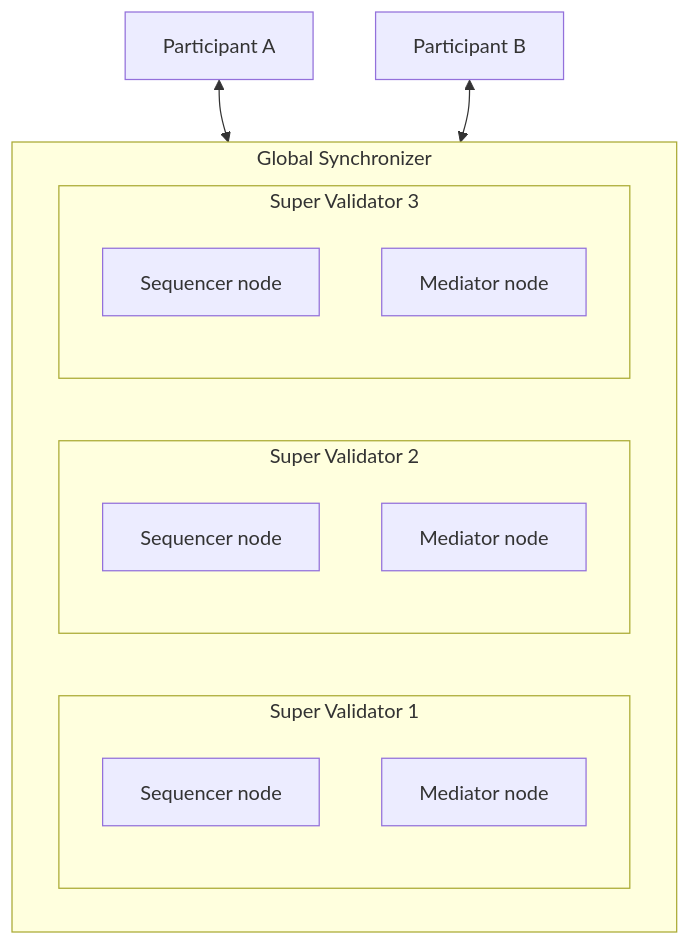
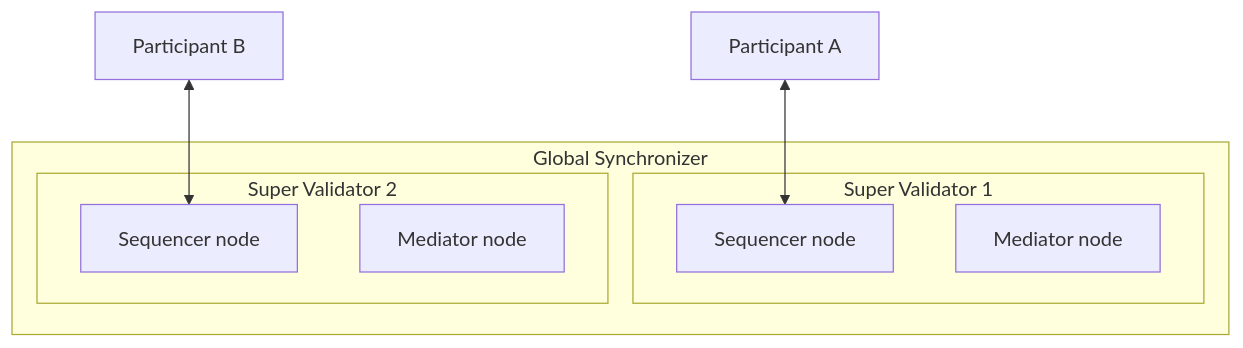
One commit to crisog/daml changed the third of 3 diagrams in docs/content/docs/canton-network/synchronizers.mdx. Above: the diagram before and after it, drawn with Mermaid. The commit also changed other lines of this file, not shown here.

Commit message:
docs: update synchronizer documentation to clarify participant connections and improve trust model

````diff
--- a/docs/content/docs/canton-network/synchronizers.mdx
+++ b/docs/content/docs/canton-network/synchronizers.mdx
@@ -58,20 +58,16 @@
 ```mermaid
 flowchart TB
     subgraph sync ["Global Synchronizer"]
         subgraph sv1 ["Super Validator 1"]
             SQ1["Sequencer node"]
             MD1["Mediator node"]
         end
         subgraph sv2 ["Super Validator 2"]
             SQ2["Sequencer node"]
             MD2["Mediator node"]
         end
-        subgraph sv3 ["Super Validator 3"]
-            SQ3["Sequencer node"]
-            MD3["Mediator node"]
-        end
     end
 
-    P1["Participant A"] <--> sync
-    P2["Participant B"] <--> sync
+    P1["Participant A"] <--> SQ1
+    P2["Participant B"] <--> SQ2
 ```
````
